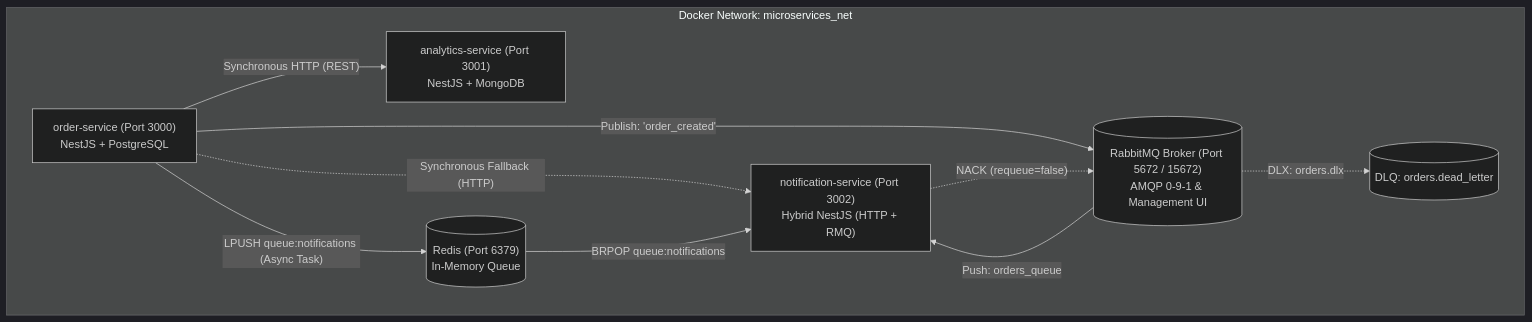
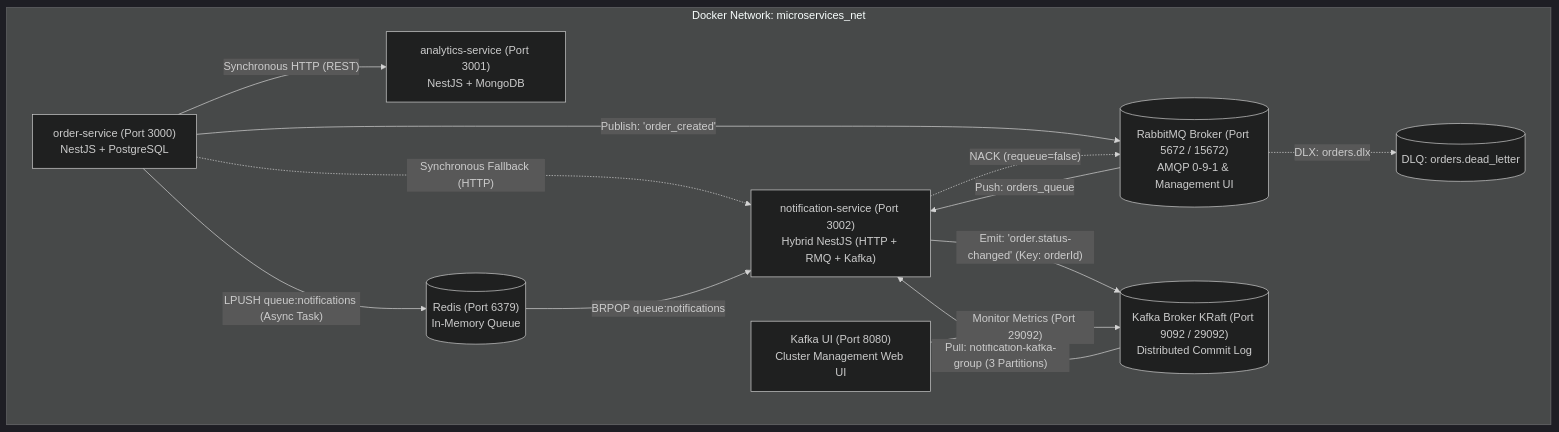
The diagram in README.md (leonbohdan/notification-service), drawn with Mermaid (dark theme) before and after one commit. The commit also changed other lines of this file and 6 other files, not shown here.

````diff
--- a/README.md
+++ b/README.md
@@ -33,22 +35,28 @@
 ```mermaid
 flowchart TD
     subgraph Docker Network: microservices_net
         OrderService["order-service (Port 3000)<br/>NestJS + PostgreSQL"]
         AnalyticsService["analytics-service (Port 3001)<br/>NestJS + MongoDB"]
-        NotificationService["notification-service (Port 3002)<br/>Hybrid NestJS (HTTP + RMQ)"]
+        NotificationService["notification-service (Port 3002)<br/>Hybrid NestJS (HTTP + RMQ + Kafka)"]
         RedisStore[("Redis (Port 6379)<br/>In-Memory Queue")]
         RabbitBroker[("RabbitMQ Broker (Port 5672 / 15672)<br/>AMQP 0-9-1 & Management UI")]
+        KafkaBroker[("Kafka Broker KRaft (Port 9092 / 29092)<br/>Distributed Commit Log")]
+        KafkaUI["Kafka UI (Port 8080)<br/>Cluster Management Web UI"]
 
         OrderService -- "Synchronous HTTP (REST)" --> AnalyticsService
         OrderService -. "Synchronous Fallback (HTTP)" .-> NotificationService
         
         OrderService -- "LPUSH queue:notifications (Async Task)" --> RedisStore
         RedisStore -- "BRPOP queue:notifications" --> NotificationService
 
         OrderService -- "Publish: 'order_created'" --> RabbitBroker
         RabbitBroker -- "Push: orders_queue" --> NotificationService
         
         NotificationService -. "NACK (requeue=false)" .-> RabbitBroker
         RabbitBroker -. "DLX: orders.dlx" .-> DLQ[("DLQ: orders.dead_letter")]
+
+        NotificationService -- "Emit: 'order.status-changed' (Key: orderId)" --> KafkaBroker
+        KafkaBroker -- "Pull: notification-kafka-group (3 Partitions)" --> NotificationService
+        KafkaUI -- "Monitor Metrics (Port 29092)" --> KafkaBroker
     end
 ```
````
